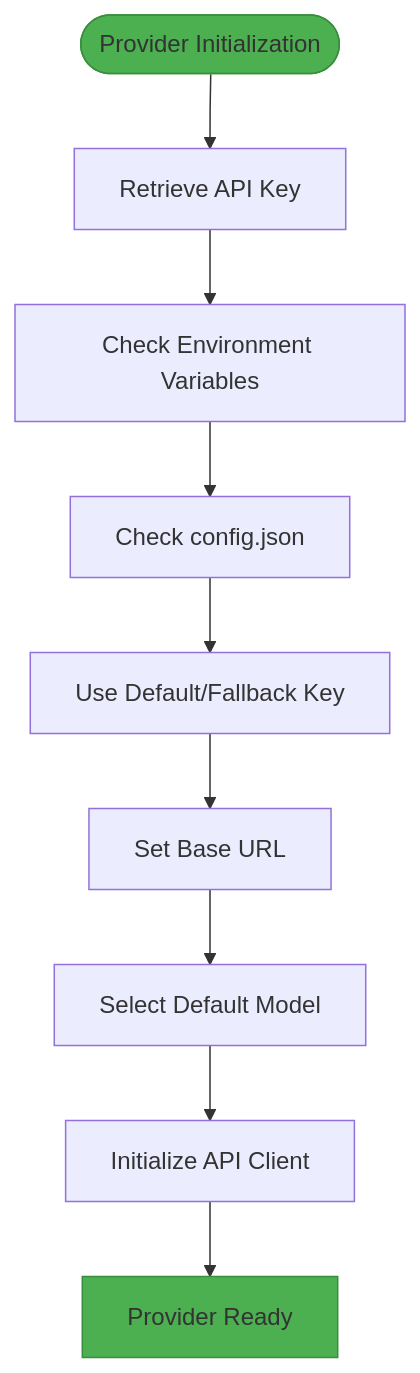
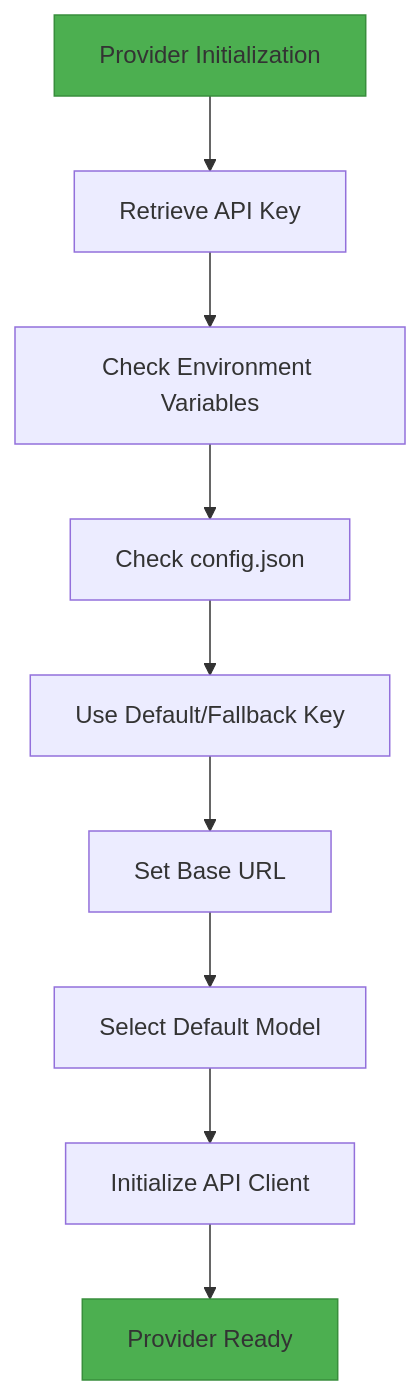
One commit to Likhithsai2580/RAVANA-WIKI changed the third of 4 diagrams in docs/LLM Integration/LLM Providers Configuration.md. Above: the diagram before and after it, drawn with Mermaid. The commit also changed other lines of this file and 52 other files, not shown here.

First line of the commit message:
chore(docs): update documentation content, fix Mermaid diagrams, and enhance README

````diff
--- a/docs/LLM Integration/LLM Providers Configuration.md
+++ b/docs/LLM Integration/LLM Providers Configuration.md
@@ -163,13 +163,13 @@
 ```mermaid
 flowchart TD
-InitStart([Provider Initialization]) --> KeyCheck["Retrieve API Key"]
+InitStart["Provider Initialization"] --> KeyCheck["Retrieve API Key"]
 KeyCheck --> EnvVar["Check Environment Variables"]
 EnvVar --> ConfigFile["Check config.json"]
 ConfigFile --> Default["Use Default/Fallback Key"]
 Default --> URLConfig["Set Base URL"]
 URLConfig --> ModelSelect["Select Default Model"]
 ModelSelect --> ClientSetup["Initialize API Client"]
 ClientSetup --> Ready["Provider Ready"]
 style InitStart fill:#4CAF50,stroke:#388E3C
 style Ready fill:#4CAF50,stroke:#388E3C
 ```
````
